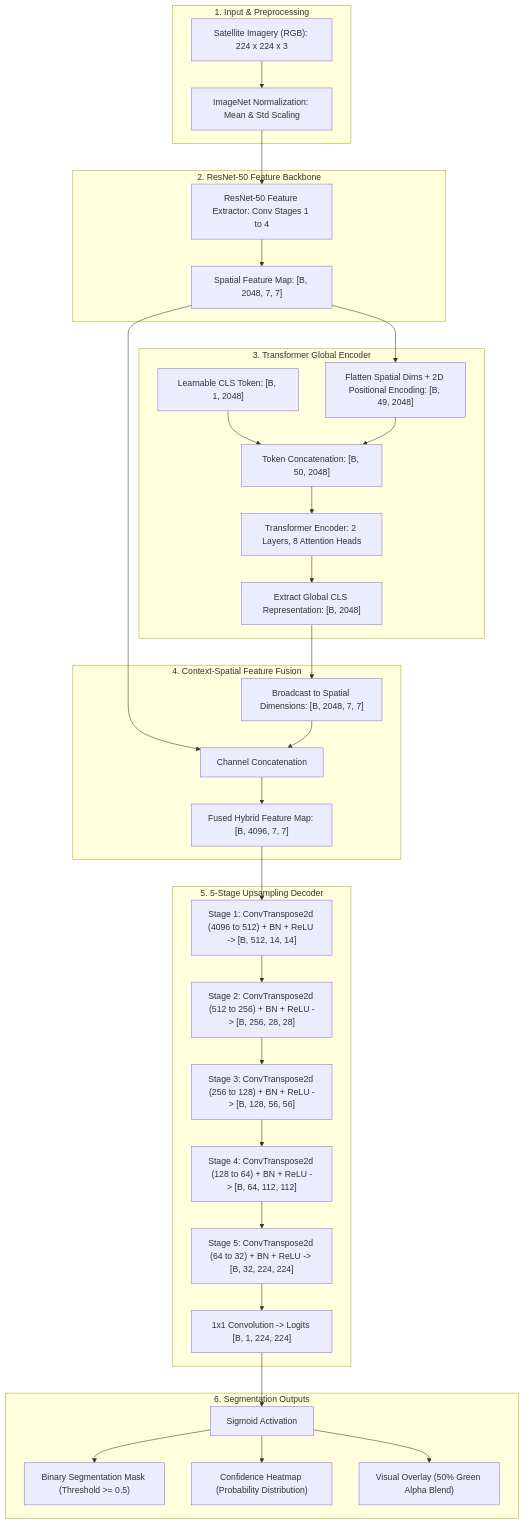
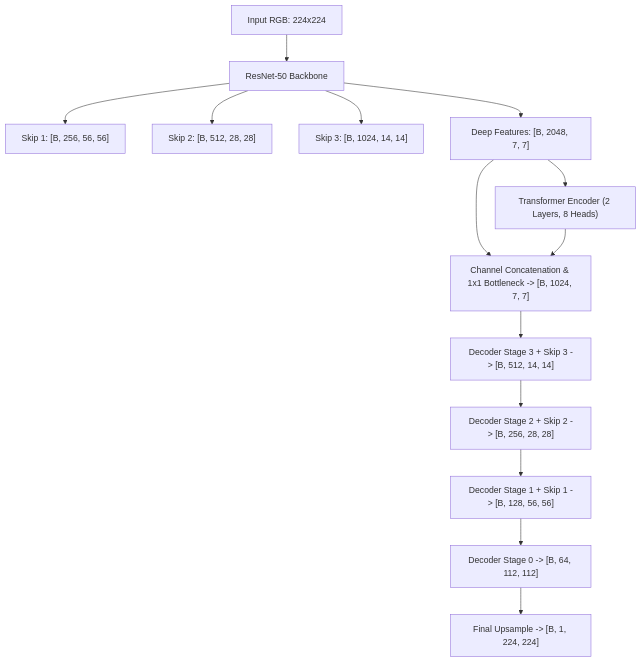
The second of 2 diagrams in README.md (prajwal-gowd/magrove-mapping), drawn with Mermaid before and after one commit. The commit also changed other lines of this file, not shown here.

Commit message:
docs: comprehensive README with SegFormer architecture, Colab guide, and remote sensing troubleshooting

````diff
--- a/README.md
+++ b/README.md
@@ -74,42 +109,17 @@
 ```mermaid
 flowchart TD
-    subgraph Preprocessing["1. Input & Preprocessing"]
-        IN["Satellite Imagery (RGB): 224 x 224 x 3"] --> NORM["ImageNet Normalization: Mean & Std Scaling"]
-    end
-
-    subgraph CNN["2. ResNet-50 Feature Backbone"]
-        NORM --> RES["ResNet-50 Feature Extractor: Conv Stages 1 to 4"]
-        RES --> SF["Spatial Feature Map: [B, 2048, 7, 7]"]
-    end
-
-    subgraph Transformer["3. Transformer Global Encoder"]
-        SF --> FLT["Flatten Spatial Dims + 2D Positional Encoding: [B, 49, 2048]"]
-        CLS["Learnable CLS Token: [B, 1, 2048]"] --> CAT1["Token Concatenation: [B, 50, 2048]"]
-        FLT --> CAT1
-        CAT1 --> TR["Transformer Encoder: 2 Layers, 8 Attention Heads"]
-        TR --> CLSOUT["Extract Global CLS Representation: [B, 2048]"]
-    end
-
-    subgraph Fusion["4. Context-Spatial Feature Fusion"]
-        CLSOUT --> BRC["Broadcast to Spatial Dimensions: [B, 2048, 7, 7]"]
-        SF --> CAT2["Channel Concatenation"]
-        BRC --> CAT2
-        CAT2 --> FUSED["Fused Hybrid Feature Map: [B, 4096, 7, 7]"]
-    end
-
-    subgraph Decoder["5. 5-Stage Upsampling Decoder"]
-        FUSED --> D1["Stage 1: ConvTranspose2d (4096 to 512) + BN + ReLU -> [B, 512, 14, 14]"]
-        D1 --> D2["Stage 2: ConvTranspose2d (512 to 256) + BN + ReLU -> [B, 256, 28, 28]"]
-        D2 --> D3["Stage 3: ConvTranspose2d (256 to 128) + BN + ReLU -> [B, 128, 56, 56]"]
-        D3 --> D4["Stage 4: ConvTranspose2d (128 to 64) + BN + ReLU -> [B, 64, 112, 112]"]
-        D4 --> D5["Stage 5: ConvTranspose2d (64 to 32) + BN + ReLU -> [B, 32, 224, 224]"]
-        D5 --> OUTCONV["1x1 Convolution -> Logits [B, 1, 224, 224]"]
-    end
-
-    subgraph Output["6. Segmentation Outputs"]
-        OUTCONV --> SIG["Sigmoid Activation"]
-        SIG --> MASK["Binary Segmentation Mask (Threshold >= 0.5)"]
-        SIG --> HEAT["Confidence Heatmap (Probability Distribution)"]
-        SIG --> OVER["Visual Overlay (50% Green Alpha Blend)"]
-    end
+    IN["Input RGB: 224x224"] --> RES["ResNet-50 Backbone"]
+    RES --> S1["Skip 1: [B, 256, 56, 56]"]
+    RES --> S2["Skip 2: [B, 512, 28, 28]"]
+    RES --> S3["Skip 3: [B, 1024, 14, 14]"]
+    RES --> S4["Deep Features: [B, 2048, 7, 7]"]
+    
+    S4 --> TR["Transformer Encoder (2 Layers, 8 Heads)"]
+    S4 & TR --> FUSE["Channel Concatenation & 1x1 Bottleneck -> [B, 1024, 7, 7]"]
+    
+    FUSE --> D3["Decoder Stage 3 + Skip 3 -> [B, 512, 14, 14]"]
+    D3 --> D2["Decoder Stage 2 + Skip 2 -> [B, 256, 28, 28]"]
+    D2 --> D1["Decoder Stage 1 + Skip 1 -> [B, 128, 56, 56]"]
+    D1 --> D0["Decoder Stage 0 -> [B, 64, 112, 112]"]
+    D0 --> OUT["Final Upsample -> [B, 1, 224, 224]"]
 ```
````
